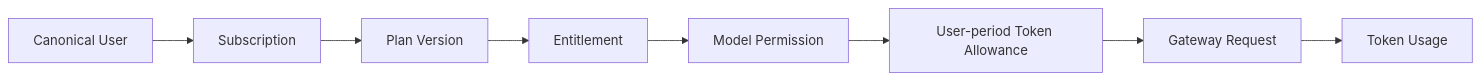
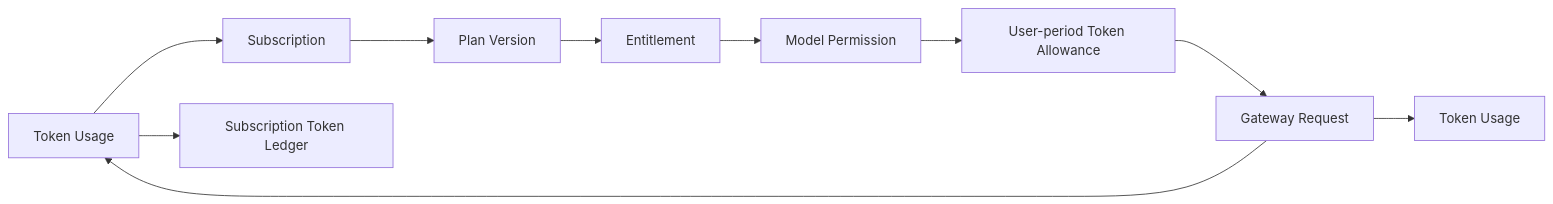
One commit to glide-the/dream-im-platform changed the first of 4 diagrams in docs/architecture/ink-dream-memory/06-billing-subscription-gateway-integration.md. Above: the diagram before and after it, drawn with Mermaid. The commit also changed other lines of this file and 130 other files, not shown here.

First line of the commit message:
feat: Implement subscription payment system with token-based billing

````diff
--- a/docs/architecture/ink-dream-memory/06-billing-subscription-gateway-integration.md
+++ b/docs/architecture/ink-dream-memory/06-billing-subscription-gateway-integration.md
@@ -27,10 +28,12 @@
 ```mermaid
 flowchart LR
   U["Canonical User"] --> S["Subscription"]
   S --> V["Plan Version"]
   V --> E["Entitlement"]
   E --> P["Model Permission"]
   P --> A["User-period Token Allowance"]
   A --> G["Gateway Request"]
+  G --> U["Token Usage"]
+  U --> L["Subscription Token Ledger"]
   G --> T["Token Usage"]
 ```
````
